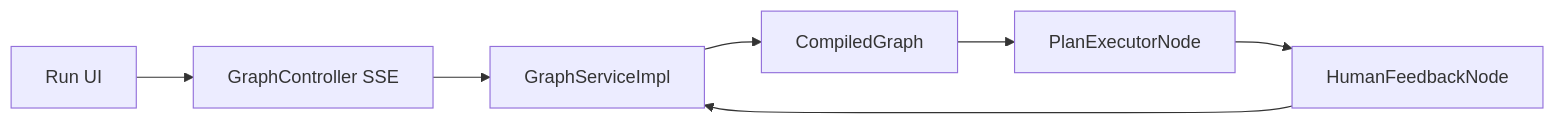
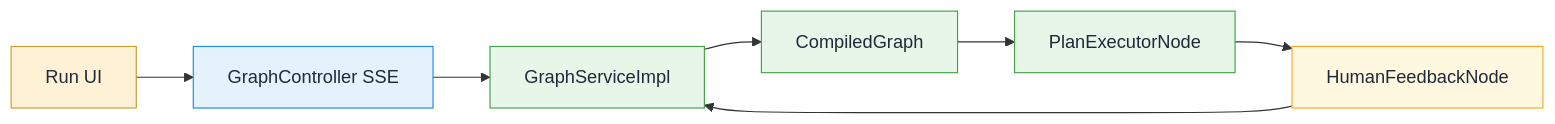
One commit to spring-ai-alibaba/DataAgent changed the third of 18 diagrams in README.md. Above: the diagram before and after it, drawn with Mermaid. The commit also changed other lines of this file, not shown here.

Commit message:
refactor: update README with improved diagram formatting and class definitions for better clarity

````diff
--- a/README.md
+++ b/README.md
@@ -108,9 +143,19 @@
 ```mermaid
 flowchart LR
   UI[Run UI] --> GraphAPI[GraphController SSE]
   GraphAPI --> GraphSvc[GraphServiceImpl]
   GraphSvc --> Graph[CompiledGraph]
   Graph --> PlanExec[PlanExecutorNode]
   PlanExec --> Human[HumanFeedbackNode]
   Human --> GraphSvc
+
+  classDef client fill:#FFF1D6,stroke:#C79D2B,stroke-width:1px,color:#1F2937;
+  classDef api fill:#E3F2FD,stroke:#1E88E5,stroke-width:1px,color:#1F2937;
+  classDef service fill:#E8F5E9,stroke:#43A047,stroke-width:1px,color:#1F2937;
+  classDef feedback fill:#FFF8E1,stroke:#F9A825,stroke-width:1px,color:#1F2937;
+
+  class UI client
+  class GraphAPI api
+  class GraphSvc,Graph,PlanExec service
+  class Human feedback
 ```
````
